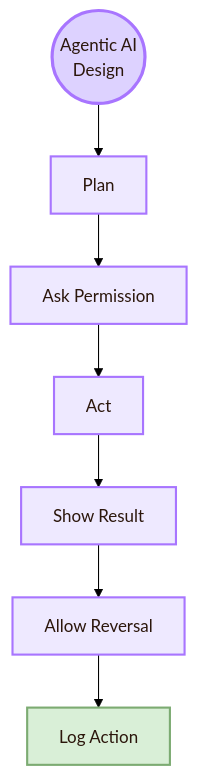
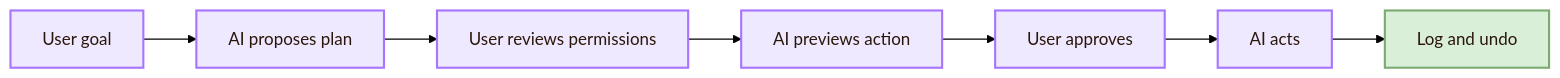
The sixth of 7 diagrams in 01_Core_Area_HCI/001_Subareas/05_Human_AI_Interaction/Activities/Design.md (andreitegzes06-ui/CogniShire), drawn with Mermaid (forest theme) before and after one commit. The commit also changed other lines of this file and 131 other files, not shown here.

````diff
--- a/01_Core_Area_HCI/001_Subareas/05_Human_AI_Interaction/Activities/Design.md
+++ b/01_Core_Area_HCI/001_Subareas/05_Human_AI_Interaction/Activities/Design.md
@@ -516,19 +514,15 @@
 ```mermaid
-flowchart TB
-    A((Agentic AI<br/>Design))
+flowchart LR
+    A[User goal] --> B[AI proposes plan]
+    B --> C[User reviews permissions]
+    C --> D[AI previews action]
+    D --> E[User approves]
+    E --> F[AI acts]
+    F --> G[Log and undo]
 
-    A --> B[Plan]
-    B --> C[Ask Permission]
-    C --> D[Act]
-    D --> E[Show Result]
-    E --> F[Allow Reversal]
-    F --> G[Log Action]
-
-    classDef center fill:#ddd2ff,stroke:#a875ff,color:#2b160b,stroke-width:3px;
     classDef node fill:#eee9ff,stroke:#a875ff,color:#2b160b,stroke-width:2px;
     classDef final fill:#d9efd7,stroke:#7cab72,color:#2b160b,stroke-width:2px;
 
-    class A center;
-    class B,C,D,E,F node;
+    class A,B,C,D,E,F node;
     class G final;
 ```
````
